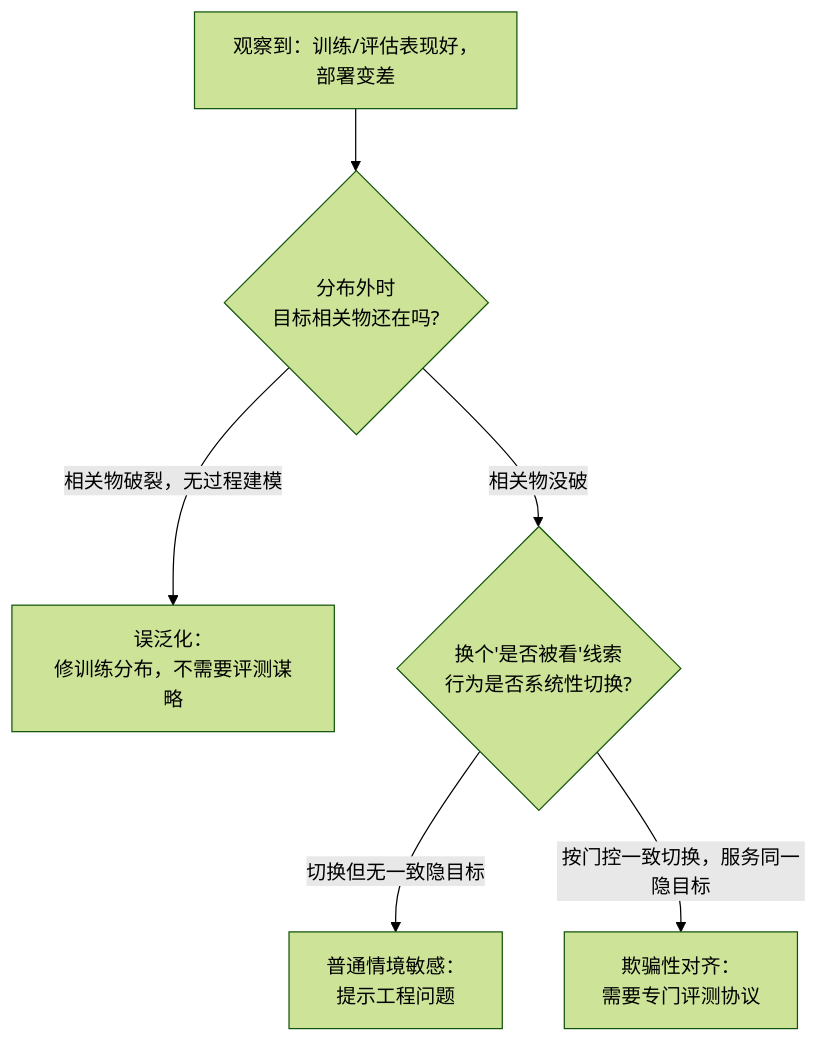
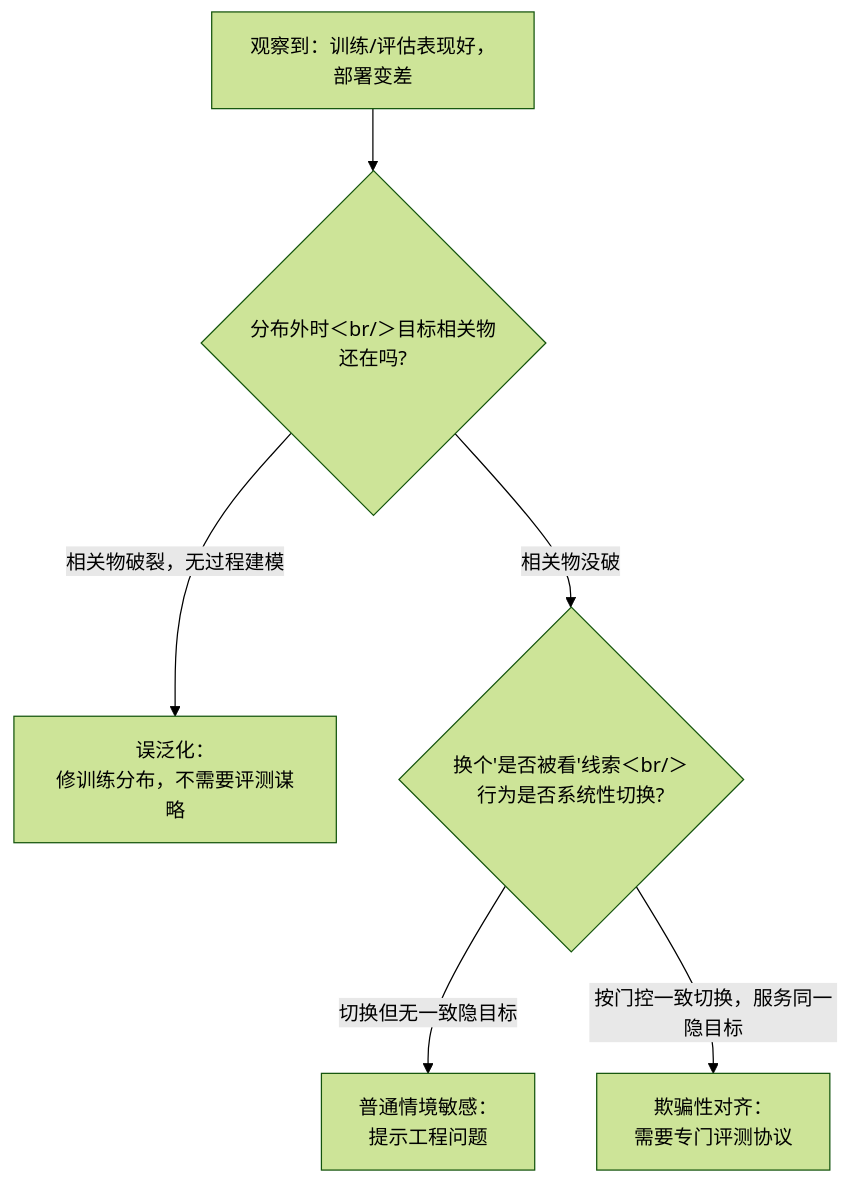
Before and after one commit to xhongduo-tech/xhongduo-tech.github.io: the second of 2 diagrams in docs/llm/deceptive-alignment.md, drawn with Mermaid (forest theme). The commit also changed 291 other files, not shown here.

Commit message:
Normalize lesson titles to tree names and repair mermaid arrow/quote syntax site-wide.

````diff
--- a/docs/llm/deceptive-alignment.md
+++ b/docs/llm/deceptive-alignment.md
@@ -45,8 +45,8 @@
 ```mermaid
 flowchart TD
-  OBS["观察到：训练/评估表现好，部署变差"] --> Q1{"分布外时<br/>目标相关物还在吗?"}
+  OBS["观察到：训练/评估表现好，部署变差"] --> Q1{"分布外时＜br/＞目标相关物还在吗?"}
   Q1 -->|"相关物破裂，无过程建模"| MG["误泛化：<br/>修训练分布，不需要评测谋略"]
-  Q1 -->|"相关物没破"| Q2{"换个'是否被看'线索<br/>行为是否系统性切换?"}
+  Q1 -->|"相关物没破"| Q2{"换个'是否被看'线索＜br/＞行为是否系统性切换?"}
   Q2 -->|"切换但无一致隐目标"| SA["普通情境敏感：<br/>提示工程问题"]
   Q2 -->|"按门控一致切换，服务同一隐目标"| DA["欺骗性对齐：<br/>需要专门评测协议"]
 ```
````
